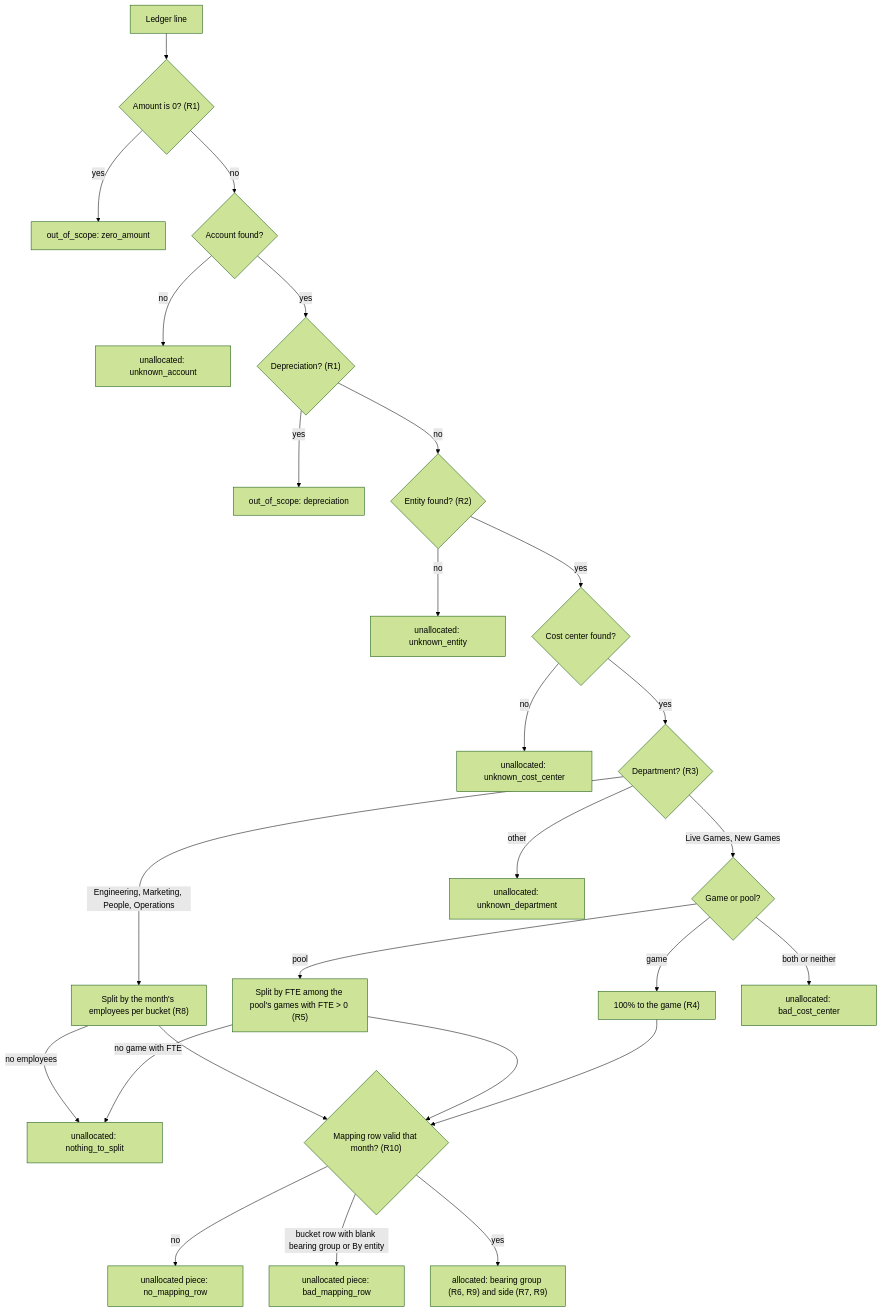
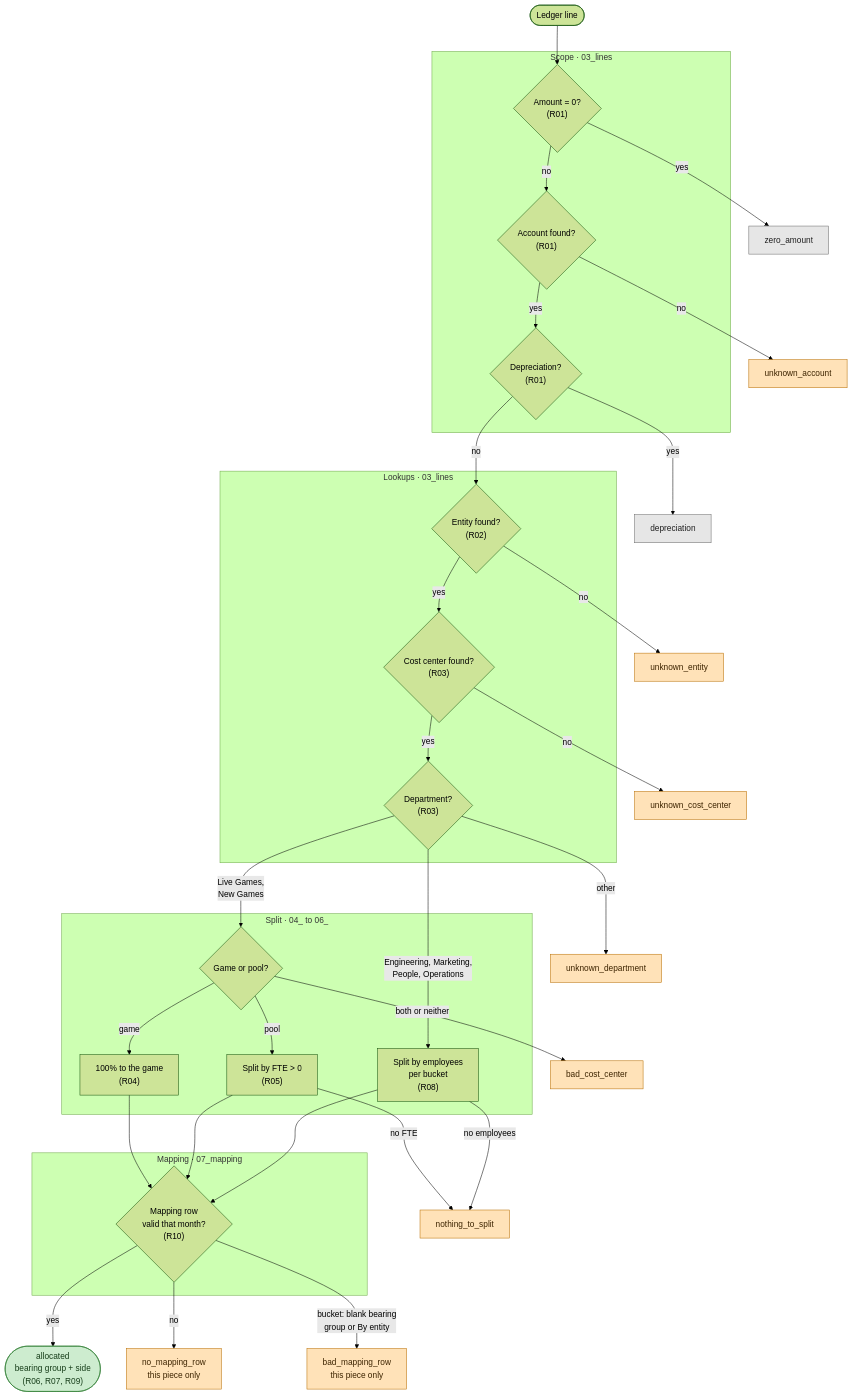
Before and after one commit to felipiadenildo/lumen-games-allocation: the second of 3 diagrams in docs/design.md, drawn with Mermaid (forest theme). The commit also changed other lines of this file and 24 other files, not shown here.

Commit message:
Standardize IDs, names and citations; add design contents and revised diagrams

````diff
--- a/docs/design.md
+++ b/docs/design.md
@@ -247,28 +278,61 @@
 ```mermaid
 flowchart TD
-    L["Ledger line"] --> Z{"Amount is 0? (R1)"}
-    Z -- yes --> OZ["out_of_scope: zero_amount"]
-    Z -- no --> A{"Account found?"}
-    A -- no --> UA["unallocated: unknown_account"]
-    A -- yes --> DP{"Depreciation? (R1)"}
-    DP -- yes --> OD["out_of_scope: depreciation"]
-    DP -- no --> E{"Entity found? (R2)"}
-    E -- no --> UE["unallocated: unknown_entity"]
-    E -- yes --> C{"Cost center found?"}
-    C -- no --> UC["unallocated: unknown_cost_center"]
-    C -- yes --> D{"Department? (R3)"}
-    D -- "Live Games, New Games" --> DIR{"Game or pool?"}
-    D -- "Engineering, Marketing, People, Operations" --> IND["Split by the month's employees per bucket (R8)"]
-    D -- other --> UD["unallocated: unknown_department"]
-    DIR -- game --> G["100% to the game (R4)"]
-    DIR -- pool --> P["Split by FTE among the pool's games with FTE > 0 (R5)"]
-    DIR -- "both or neither" --> UB["unallocated: bad_cost_center"]
-    P -- "no game with FTE" --> UN["unallocated: nothing_to_split"]
-    IND -- "no employees" --> UN
-    G --> M{"Mapping row valid that month? (R10)"}
+    L(["Ledger line"])
+
+    subgraph SCOPE["Scope · 03_lines"]
+        Z{"Amount = 0?<br/>(R01)"}
+        A{"Account found?<br/>(R01)"}
+        DP{"Depreciation?<br/>(R01)"}
+    end
+
+    subgraph LOOKUP["Lookups · 03_lines"]
+        E{"Entity found?<br/>(R02)"}
+        C{"Cost center found?<br/>(R03)"}
+        D{"Department?<br/>(R03)"}
+    end
+
+    subgraph SPLIT["Split · 04_ to 06_"]
+        DIR{"Game or pool?"}
+        G["100% to the game<br/>(R04)"]
+        P["Split by FTE > 0<br/>(R05)"]
+        IND["Split by employees<br/>per bucket<br/>(R08)"]
+    end
+
+    subgraph MAP["Mapping · 07_mapping"]
+        M{"Mapping row<br/>valid that month?<br/>(R10)"}
+    end
+
+    L --> Z
+    Z -- no --> A
+    A -- yes --> DP
+    DP -- no --> E
+    E -- yes --> C
+    C -- yes --> D
+    D -- "Live Games,<br/>New Games" --> DIR
+    D -- "Engineering, Marketing,<br/>People, Operations" --> IND
+    DIR -- game --> G
+    DIR -- pool --> P
+    G --> M
     P --> M
     IND --> M
-    M -- no --> UM["unallocated piece: no_mapping_row"]
-    M -- "bucket row with blank bearing group or By entity" --> UBM["unallocated piece: bad_mapping_row"]
-    M -- yes --> OK["allocated: bearing group (R6, R9) and side (R7, R9)"]
+    M -- yes --> OK(["allocated<br/>bearing group + side<br/>(R06, R07, R09)"])
+
+    Z -- yes --> OZ["zero_amount"]
+    DP -- yes --> OD["depreciation"]
+    A -- no --> UA["unknown_account"]
+    E -- no --> UE["unknown_entity"]
+    C -- no --> UC["unknown_cost_center"]
+    D -- other --> UD["unknown_department"]
+    DIR -- "both or neither" --> UB["bad_cost_center"]
+    P -- "no FTE" --> UN["nothing_to_split"]
+    IND -- "no employees" --> UN
+    M -- no --> UM["no_mapping_row<br/>this piece only"]
+    M -- "bucket: blank bearing<br/>group or By entity" --> UBM["bad_mapping_row<br/>this piece only"]
+
+    classDef outscope fill:#e6e6e6,stroke:#6b6b6b,color:#1f1f1f
+    classDef unalloc fill:#ffe2b8,stroke:#b86e00,color:#3d2400
+    classDef alloc fill:#cdeccf,stroke:#2e7d32,color:#163d19
+    class OZ,OD outscope
+    class UA,UE,UC,UD,UB,UN,UM,UBM unalloc
+    class OK alloc
 ```
````
